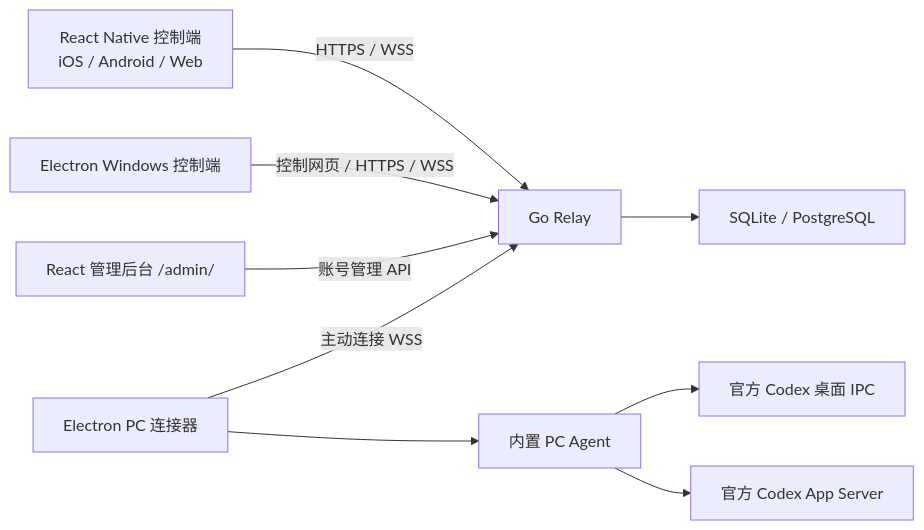
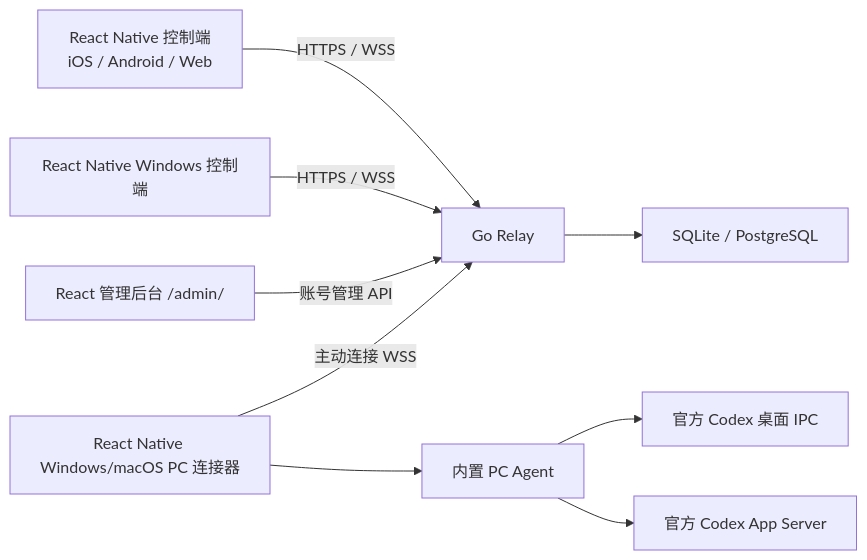
Before and after one commit to bunnya33/codexer: the diagram in docs/architecture.md, drawn with Mermaid. The commit also changed other lines of this file and 12 other files, not shown here.

Commit message:
chore: scope Mac native delivery to shared PC Agent

````diff
--- a/docs/architecture.md
+++ b/docs/architecture.md
@@ -5,11 +5,11 @@
 ```mermaid
 flowchart LR
   C[React Native 控制端\niOS / Android / Web] -->|HTTPS / WSS| R[Go Relay]
-  W[Electron Windows 控制端] -->|控制网页 / HTTPS / WSS| R
+  W[React Native Windows 控制端] -->|HTTPS / WSS| R
   A[React 管理后台 /admin/] -->|账号管理 API| R
-  P[Electron PC 连接器] -->|主动连接 WSS| R
+  P[React Native Windows/macOS PC 连接器] -->|主动连接 WSS| R
   P --> G[内置 PC Agent]
   G --> D[官方 Codex 桌面 IPC]
   G --> H[官方 Codex App Server]
   R --> DB[SQLite / PostgreSQL]
 ```
````
